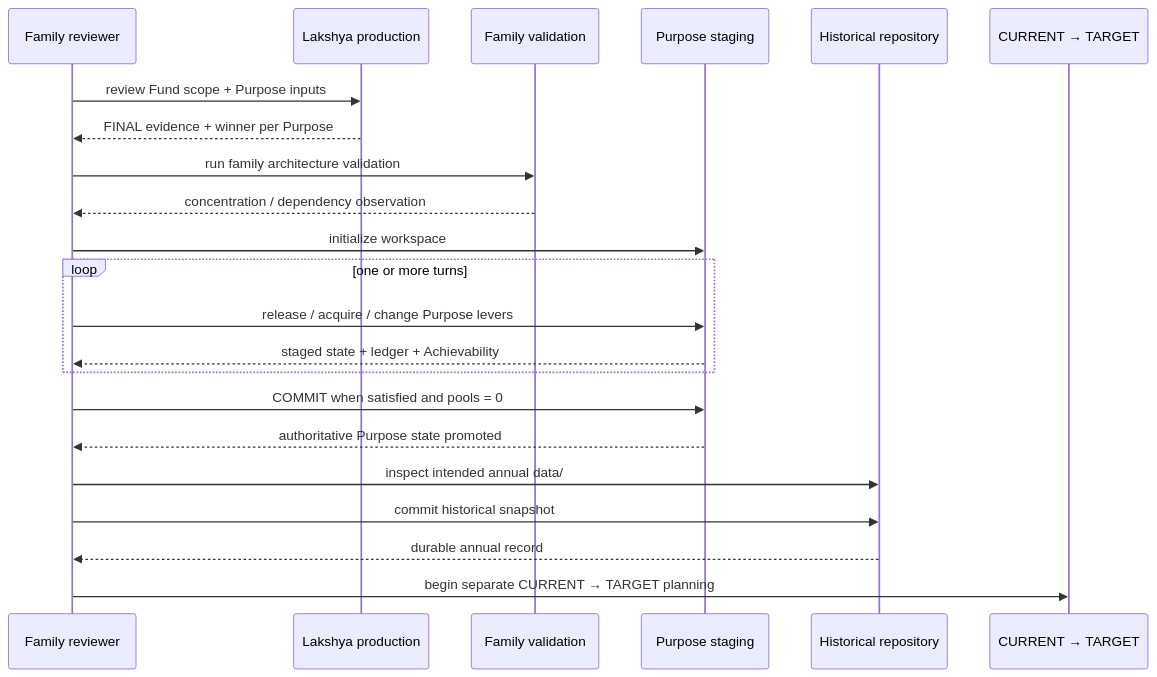
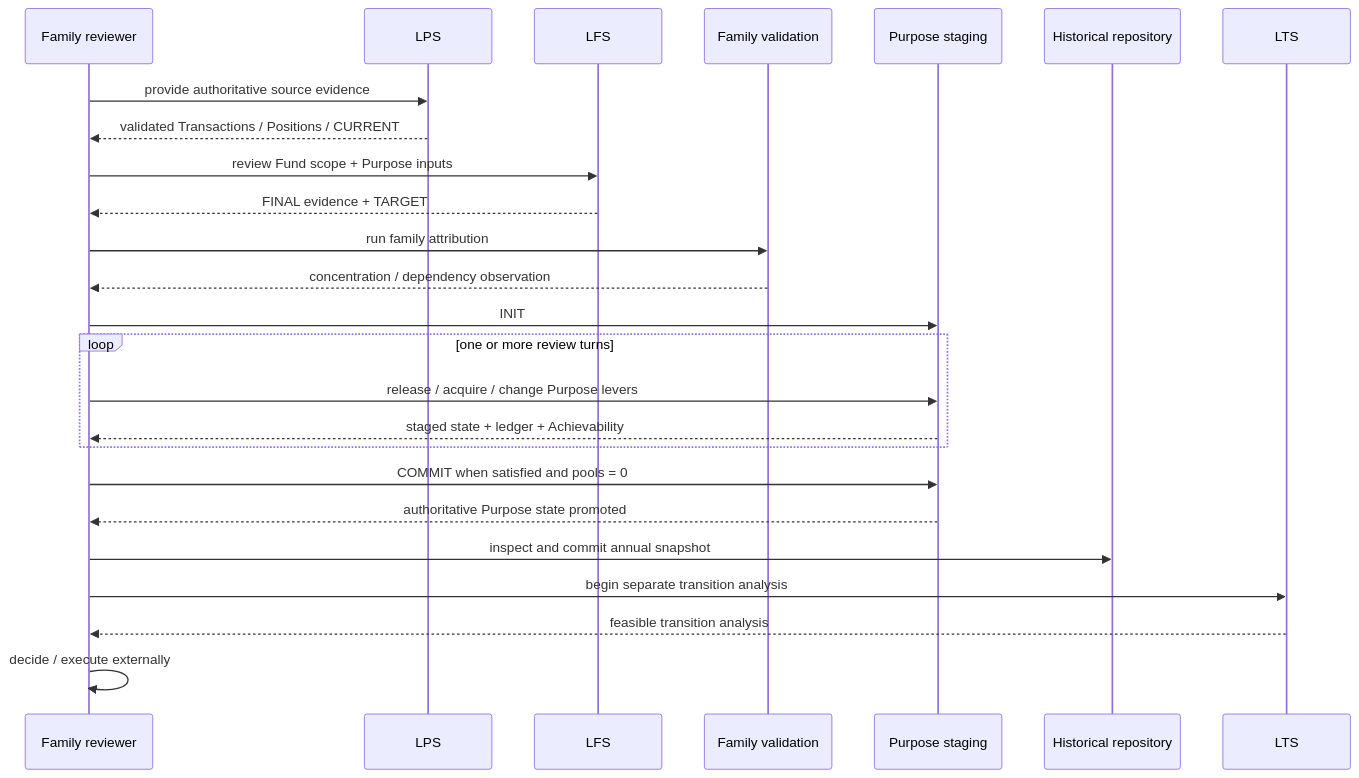
Before and after one commit to rrajeshkannan/lakshya: the second of 13 diagrams in docs/Lakshya_Pipeline_Sequence.md, drawn with Mermaid. The commit also changed other lines of this file, not shown here.

Commit message:
Align pipeline sequence with LPS LFS LTS

````diff
--- a/docs/Lakshya_Pipeline_Sequence.md
+++ b/docs/Lakshya_Pipeline_Sequence.md
@@ -81,25 +101,28 @@
 ```mermaid
 sequenceDiagram
     participant Reviewer as Family reviewer
-    participant Production as Lakshya production
+    participant LPS as LPS
+    participant LFS as LFS
     participant Family as Family validation
-    participant Staging as Purpose staging
+    participant Stage as Purpose staging
     participant Git as Historical repository
-    participant Transition as CURRENT → TARGET
+    participant LTS as LTS
 
-    Reviewer->>Production: review Fund scope + Purpose inputs
-    Production-->>Reviewer: FINAL evidence + winner per Purpose
-    Reviewer->>Family: run family architecture validation
+    Reviewer->>LPS: provide authoritative source evidence
+    LPS-->>Reviewer: validated Transactions / Positions / CURRENT
+    Reviewer->>LFS: review Fund scope + Purpose inputs
+    LFS-->>Reviewer: FINAL evidence + TARGET
+    Reviewer->>Family: run family attribution
     Family-->>Reviewer: concentration / dependency observation
-    Reviewer->>Staging: initialize workspace
-    loop one or more turns
-        Reviewer->>Staging: release / acquire / change Purpose levers
-        Staging-->>Reviewer: staged state + ledger + Achievability
+    Reviewer->>Stage: INIT
+    loop one or more review turns
+        Reviewer->>Stage: release / acquire / change Purpose levers
+        Stage-->>Reviewer: staged state + ledger + Achievability
     end
-    Reviewer->>Staging: COMMIT when satisfied and pools = 0
-    Staging-->>Reviewer: authoritative Purpose state promoted
-    Reviewer->>Git: inspect intended annual data/
-    Reviewer->>Git: commit historical snapshot
-    Git-->>Reviewer: durable annual record
-    Reviewer->>Transition: begin separate CURRENT → TARGET planning
+    Reviewer->>Stage: COMMIT when satisfied and pools = 0
+    Stage-->>Reviewer: authoritative Purpose state promoted
+    Reviewer->>Git: inspect and commit annual snapshot
+    Reviewer->>LTS: begin separate transition analysis
+    LTS-->>Reviewer: feasible transition analysis
+    Reviewer->>Reviewer: decide / execute externally
 ```
````
